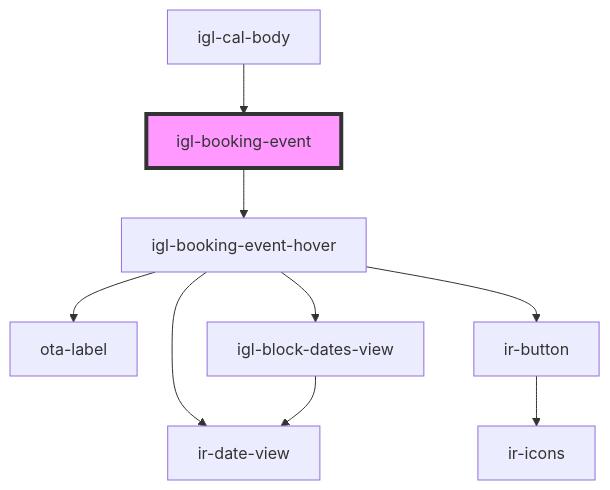
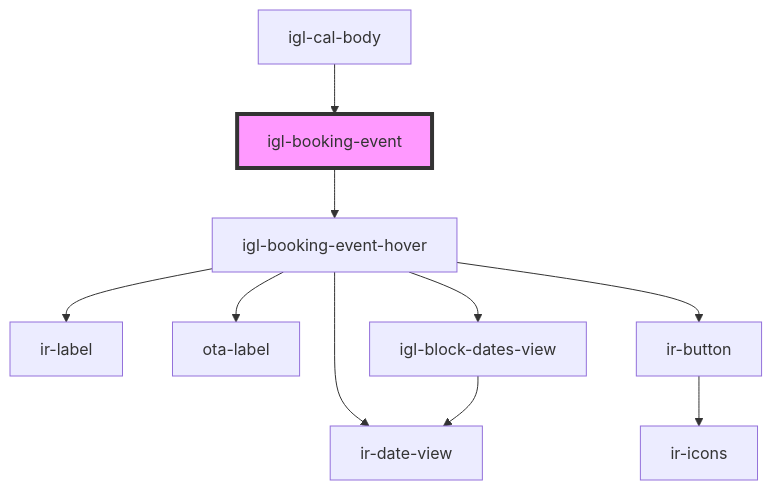
Before and after one commit to David1Chowaifaty/modified-ir-webcmp: the diagram in src/components/igloo-calendar/igl-booking-event/readme.md, drawn with Mermaid. The commit also changed 34 other files, not shown here.

````diff
--- a/src/components/igloo-calendar/igl-booking-event/readme.md
+++ b/src/components/igloo-calendar/igl-booking-event/readme.md
@@ -45,12 +45,13 @@
 ```mermaid
 graph TD;
   igl-booking-event --> igl-booking-event-hover
+  igl-booking-event-hover --> ir-date-view
+  igl-booking-event-hover --> ir-label
   igl-booking-event-hover --> ota-label
-  igl-booking-event-hover --> ir-date-view
   igl-booking-event-hover --> ir-button
   igl-booking-event-hover --> igl-block-dates-view
   ir-button --> ir-icons
   igl-block-dates-view --> ir-date-view
   igl-cal-body --> igl-booking-event
   style igl-booking-event fill:#f9f,stroke:#333,stroke-width:4px
 ```
````
